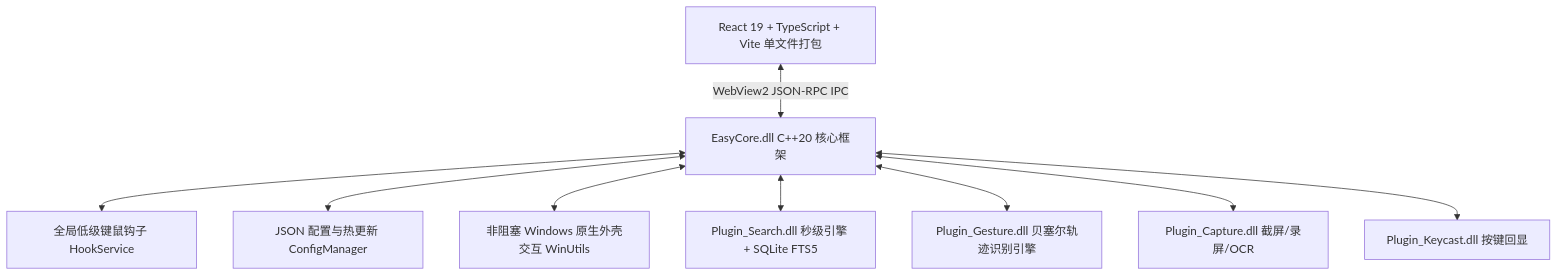
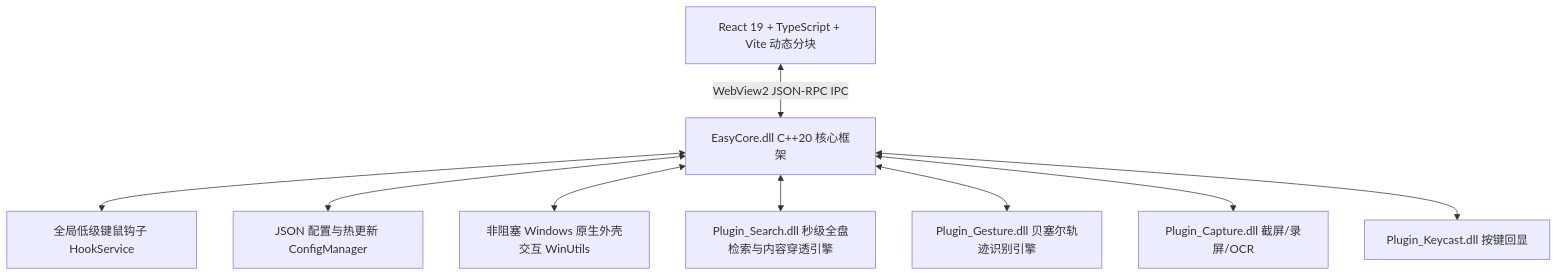
The diagram in HANDOVER.md (yuan278501381/EasyTools), drawn with Mermaid before and after one commit. The commit also changed other lines of this file and 24 other files, not shown here.

````diff
--- a/HANDOVER.md
+++ b/HANDOVER.md
@@ -14,11 +14,11 @@
 ```mermaid
 graph TD
-    UI[React 19 + TypeScript + Vite 单文件打包] <-->|WebView2 JSON-RPC IPC| Core[EasyCore.dll C++20 核心框架]
+    UI[React 19 + TypeScript + Vite 动态分块] <-->|WebView2 JSON-RPC IPC| Core[EasyCore.dll C++20 核心框架]
     Core <--> Hook[全局低级键鼠钩子 HookService]
     Core <--> Config[JSON 配置与热更新 ConfigManager]
     Core <--> Shell[非阻塞 Windows 原生外壳交互 WinUtils]
-    Core <--> SearchPlugin[Plugin_Search.dll 秒级引擎 + SQLite FTS5]
+    Core <--> SearchPlugin[Plugin_Search.dll 秒级全盘检索与内容穿透引擎]
     Core <--> GesturePlugin[Plugin_Gesture.dll 贝塞尔轨迹识别引擎]
     Core <--> CapturePlugin[Plugin_Capture.dll 截屏/录屏/OCR]
     Core <--> KeycastPlugin[Plugin_Keycast.dll 按键回显]
 ```
````
